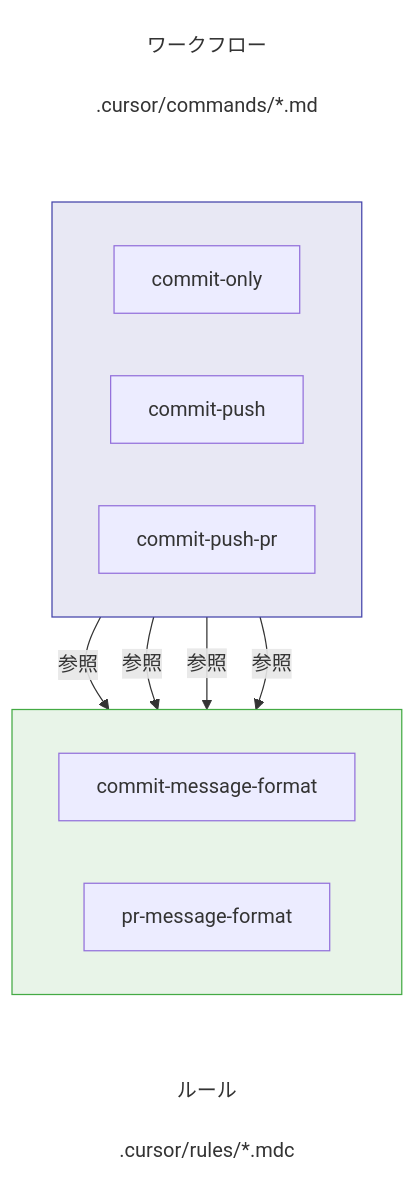
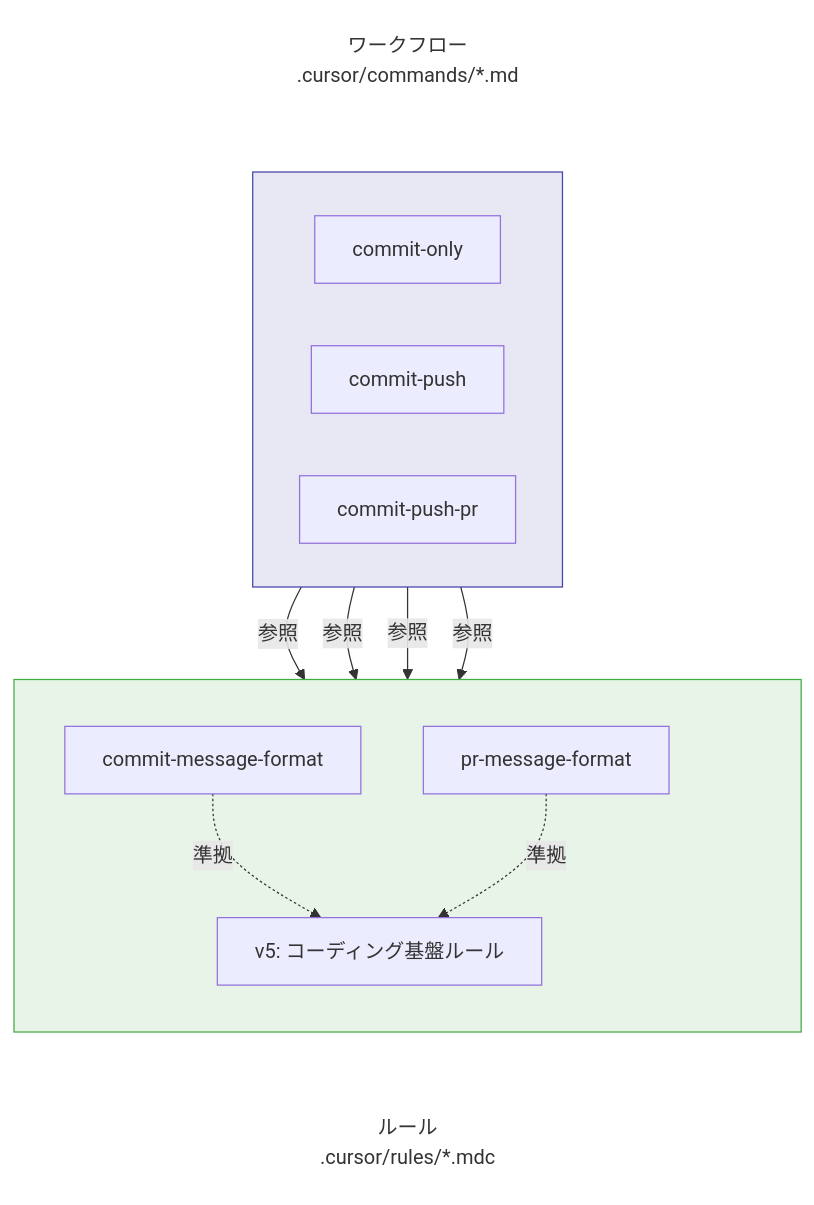
The diagram in ja/doc/rules-and-workflows.md (kinopeee/cursorrules), drawn with Mermaid before and after one commit. The commit also changed 1 other file, not shown here.

Commit message:
docs: ルールとワークフローの関係図を更新
- mermaid図のラベルフォーマットを統一（改行を<br/>に変更）
- Rulesサブグラフの方向をLRからTBに変更
- V5ノード（コーディング基盤ルール）を追加
- R1/R2からV5への準拠関係を点線矢印で追加
- 矢印スタイルを-->から~~~に変更
- linkStyle設定を追加して視覚的な接続を非表示化

````diff
--- a/ja/doc/rules-and-workflows.md
+++ b/ja/doc/rules-and-workflows.md
@@ -74,44 +74,43 @@
 ```mermaid
 flowchart TB
-
-
-
-    WLabel["ワークフロー
-
-    .cursor/commands/*.md"]
+    WLabel[ワークフロー<br/>.cursor/commands/*.md]
     
     subgraph Workflow[" "]
         direction LR
         W1[commit-only]
         W2[commit-push]
         W3[commit-push-pr]
     end
 
     subgraph Rules[" "]
-        direction LR
+        direction TB
         R1[commit-message-format]
         R2[pr-message-format]
+        space[ ]
+        V5[v5: コーディング基盤ルール]
     end
+    
+    RLabel[ルール<br/>.cursor/rules/*.mdc]
 
-    RLabel["ルール
-
-    .cursor/rules/*.mdc"]
-
-    WLabel --- Workflow
-    Workflow --> Rules
-    Rules --- RLabel
+    WLabel ~~~ Workflow
+    Workflow ~~~ Rules
+    Rules ~~~ RLabel
 
     W1 -->|参照| R1
     W2 -->|参照| R1
     W3 -->|参照| R1
     W3 -->|参照| R2
+    
+    R1 -.->|準拠| V5
+    R2 -.->|準拠| V5
 
     style Workflow fill:#e8e8f4,stroke:#44a
     style Rules fill:#e8f4e8,stroke:#4a4
     style WLabel fill:none,stroke:none
     style RLabel fill:none,stroke:none
+    style space fill:none,stroke:none
     
     linkStyle 0 stroke:none
     linkStyle 1 stroke:none
     linkStyle 2 stroke:none
 ```
````
